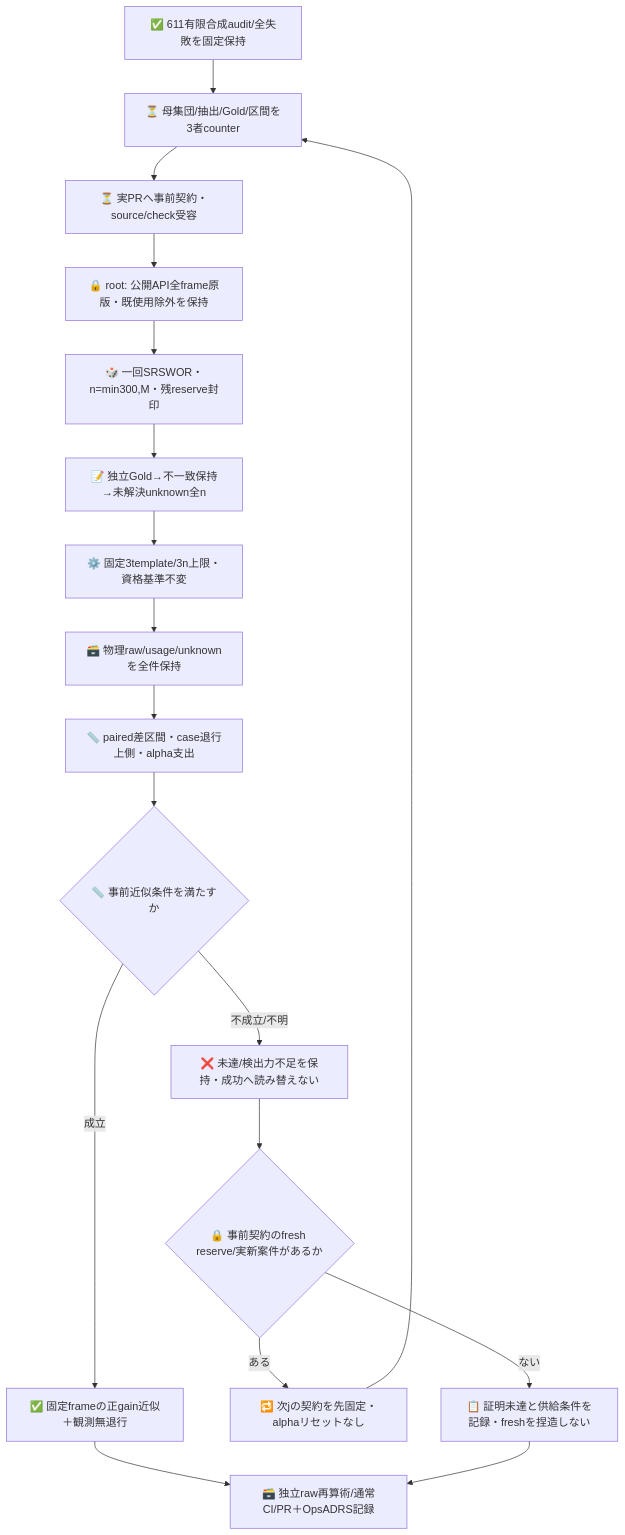
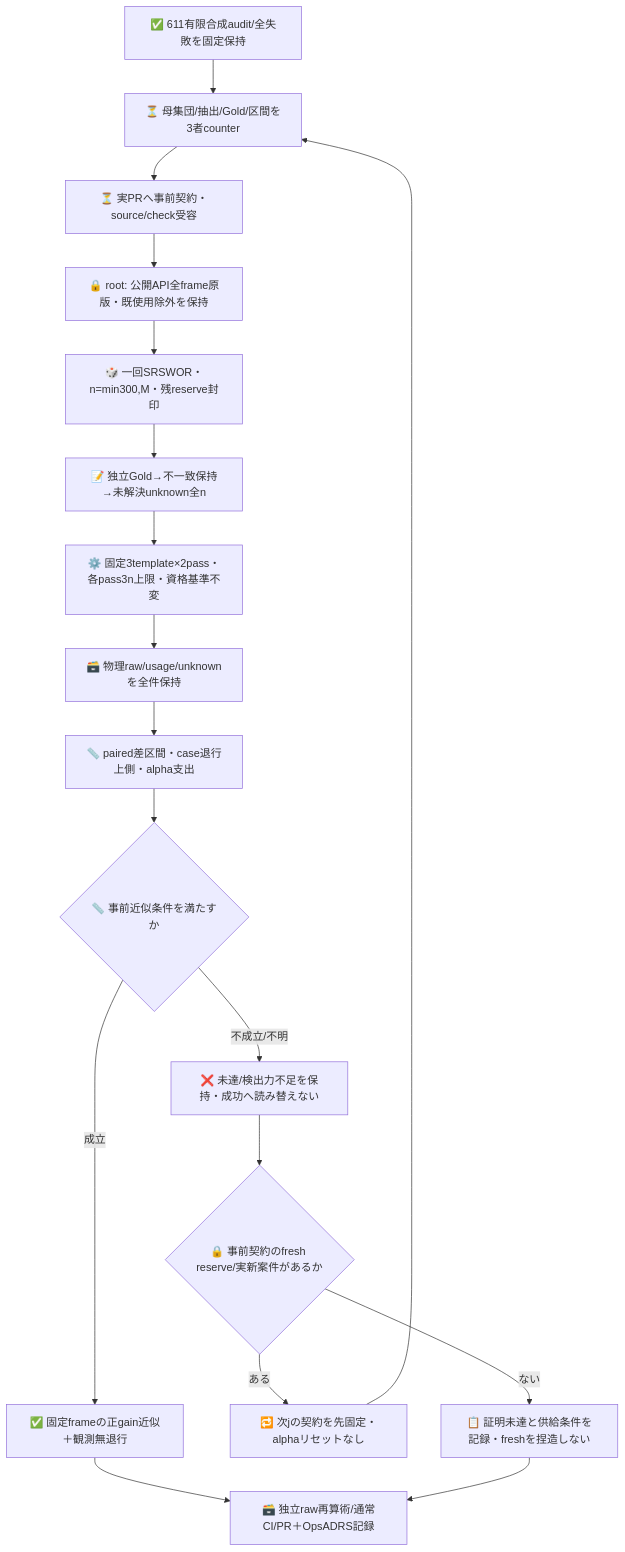
One commit to roccho-org/ops changed the second of 2 diagrams in experiments/sys1-eval-loop/real-cases/README.md. Above: the diagram before and after it, drawn with Mermaid. The commit also changed other lines of this file and 3 other files, not shown here.

````diff
--- a/experiments/sys1-eval-loop/real-cases/README.md
+++ b/experiments/sys1-eval-loop/real-cases/README.md
@@ -67,20 +73,20 @@
 ```mermaid
 flowchart TB
   OLD["✅ 611有限合成audit/全失敗を固定保持"] --> DESIGN["⏳ 母集団/抽出/Gold/区間を3者counter"]
   DESIGN --> PR["⏳ 実PRへ事前契約・source/check受容"]
   PR --> FRAME["🔒 root: 公開API全frame原版・既使用除外を保持"]
   FRAME --> SAMPLE["🎲 一回SRSWOR・n=min300,M・残reserve封印"]
   SAMPLE --> GOLD["📝 独立Gold→不一致保持→未解決unknown全n"]
-  GOLD --> RUN["⚙️ 固定3template/3n上限・資格基準不変"]
+  GOLD --> RUN["⚙️ 固定3template×2pass・各pass3n上限・資格基準不変"]
   RUN --> RAW["🗃️ 物理raw/usage/unknownを全件保持"]
   RAW --> EST["📏 paired差区間・case退行上側・alpha支出"]
   EST --> DECIDE{"📏 事前近似条件を満たすか"}
   DECIDE -->|成立| OK["✅ 固定frameの正gain近似＋観測無退行"]
   DECIDE -->|不成立/不明| NO["❌ 未達/検出力不足を保持・成功へ読み替えない"]
   NO --> NEXT{"🔒 事前契約のfresh reserve/実新案件があるか"}
   NEXT -->|ある| LOOP["🔁 次jの契約を先固定・alphaリセットなし"]
   LOOP --> DESIGN
   NEXT -->|ない| WAIT["📋 証明未達と供給条件を記録・freshを捏造しない"]
   OK --> END["🗃️ 独立raw再算術/通常CI/PR＋OpsADRS記録"]
   WAIT --> END
 ```
````
